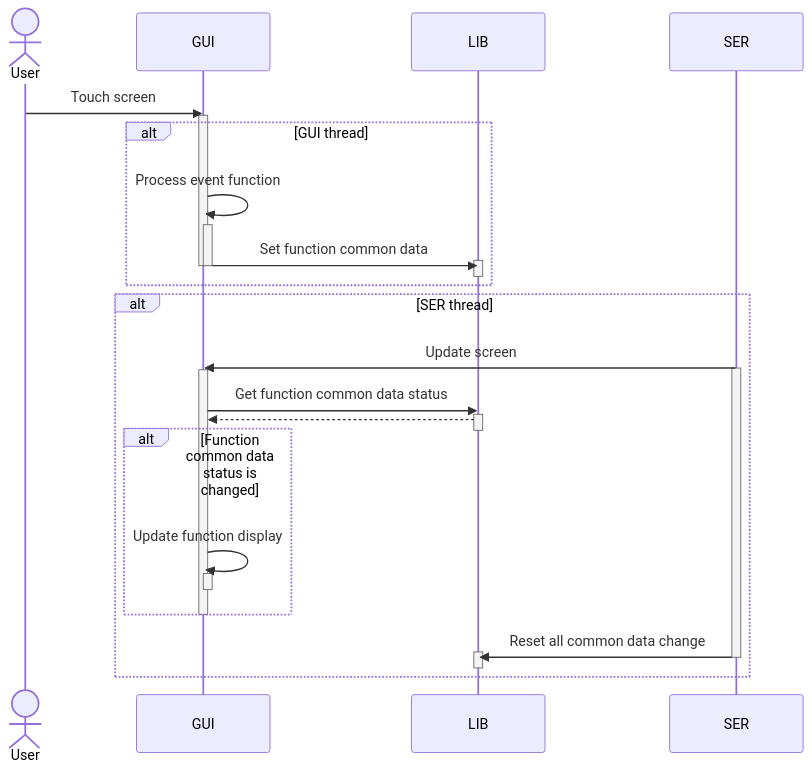
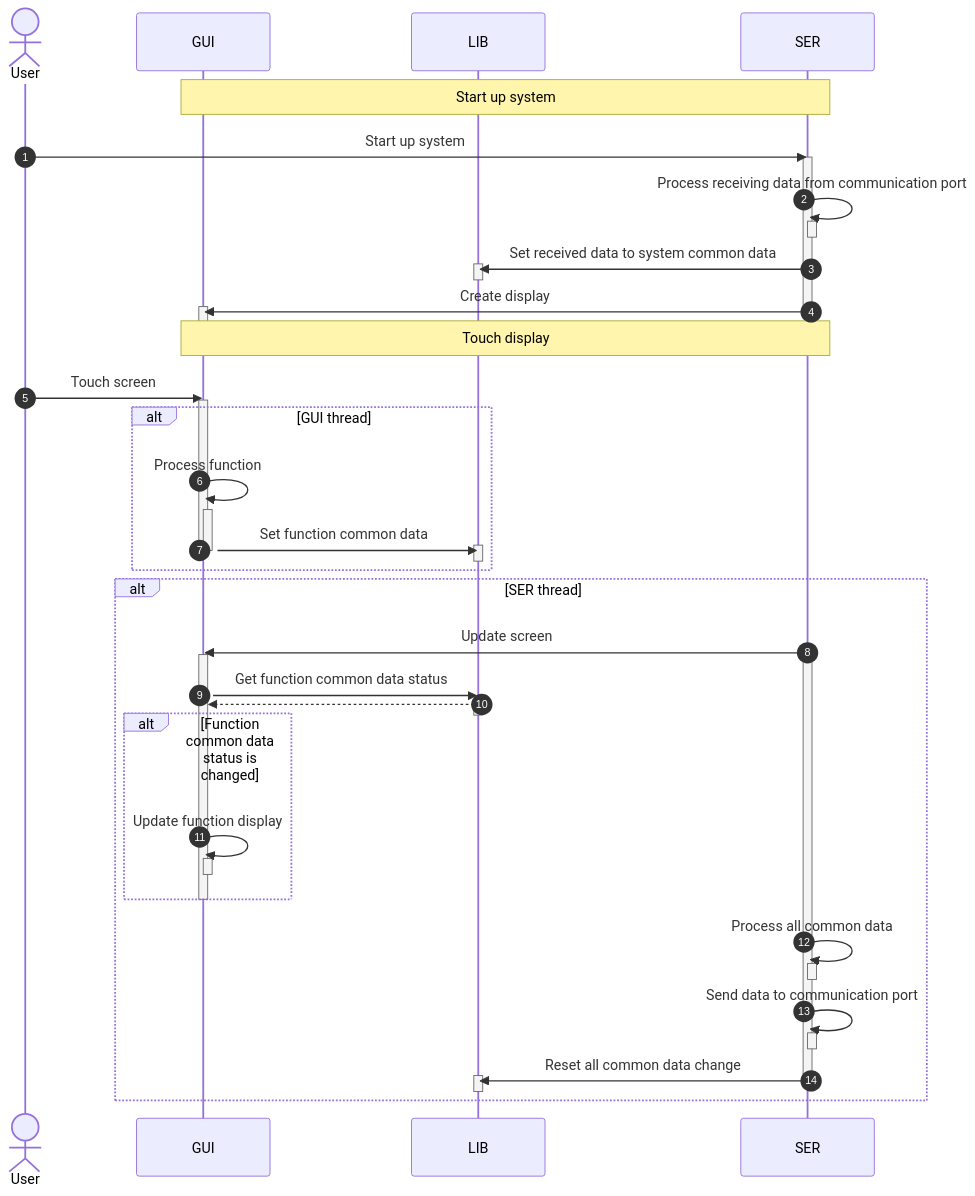
One commit to trietta1999/KTANE_Arduino changed the first of 4 diagrams in README.md. Above: the diagram before and after it, drawn with Mermaid. The commit also changed other lines of this file and 1 other file, not shown here.

````diff
--- a/README.md
+++ b/README.md
@@ -84,37 +88,60 @@
 ```mermaid
 sequenceDiagram
+autonumber
 actor user as User
 participant gui as GUI
 participant lib as LIB
 participant ser as SER
+
+Note over gui, ser: Start up system
+user->>ser: Start up system
+activate ser
+ser->>ser: Process receiving data from communication port
+activate ser
+deactivate ser
+ser->>lib: Set received data to system common data
+activate lib
+deactivate lib
+ser->>gui: Create display
+activate gui
+deactivate gui
+deactivate ser
+
+Note over gui, ser: Touch display
 user->>gui: Touch screen
 activate gui
 alt GUI thread
-    gui->>gui: Process event function
+    gui->>gui: Process function
     activate gui
     gui->>lib: Set function common data
     activate lib
     deactivate lib
     deactivate gui
     deactivate gui
 end
 alt SER thread
     ser->>gui: Update screen
     activate ser
     activate gui
     gui->>lib: Get function common data status
     activate lib
     lib-->>gui: 
     deactivate lib
     alt Function common data status is changed
         gui->>gui: Update function display
         activate gui
         deactivate gui
     end
     deactivate gui
+    ser->>ser: Process all common data
+    activate ser
+    deactivate ser
+    ser->>ser: Send data to communication port
+    activate ser
+    deactivate ser
     ser->>lib: Reset all common data change
     activate lib
     deactivate lib
     deactivate ser
 end
 ```
````
